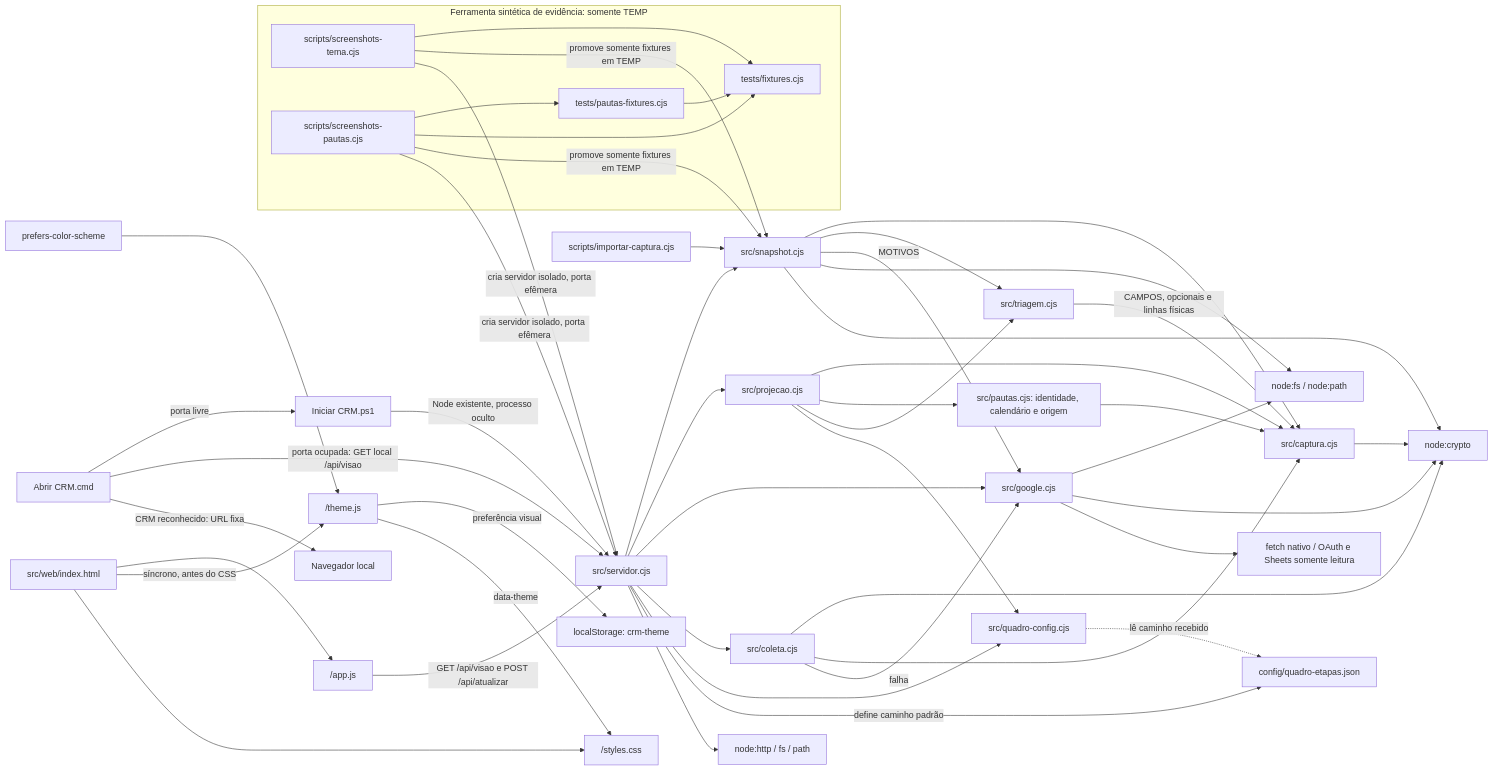
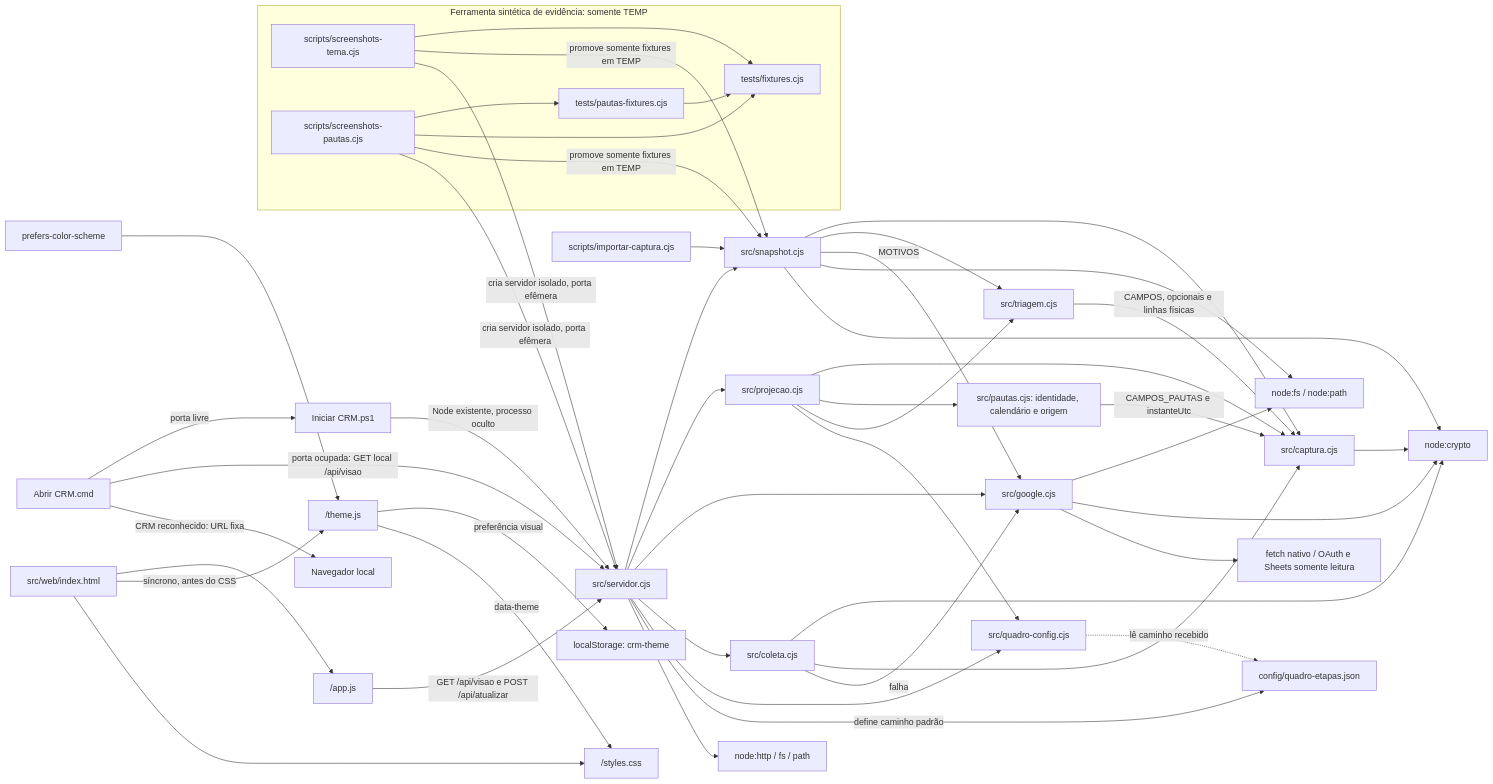
The first of 4 diagrams in docs/architecture.md (Browsher/crm-social), drawn with Mermaid before and after one commit. The commit also changed other lines of this file and 24 other files, not shown here.

````diff
--- a/docs/architecture.md
+++ b/docs/architecture.md
@@ -9,51 +9,51 @@
 ```mermaid
 flowchart LR
   Abrir["Abrir CRM.cmd"] -->|porta livre| Iniciador
   Abrir -->|porta ocupada: GET local /api/visao| Server
   Abrir -->|CRM reconhecido: URL fixa| Navegador[Navegador local]
   Iniciador["Iniciar CRM.ps1"] -->|Node existente, processo oculto| Server
   CLI["scripts/importar-captura.cjs"] --> Snapshot["src/snapshot.cjs"]
   subgraph Evidencia["Ferramenta sintética de evidência: somente TEMP"]
     Screenshots["scripts/screenshots-tema.cjs"] --> Fixtures["tests/fixtures.cjs"]
     ScreenshotsPautas["scripts/screenshots-pautas.cjs"] --> FixturesPautas["tests/pautas-fixtures.cjs"]
     ScreenshotsPautas --> Fixtures
     FixturesPautas --> Fixtures
   end
   Screenshots -->|promove somente fixtures em TEMP| Snapshot
   Screenshots -->|cria servidor isolado, porta efêmera| Server
   ScreenshotsPautas -->|promove somente fixtures em TEMP| Snapshot
   ScreenshotsPautas -->|cria servidor isolado, porta efêmera| Server
   Snapshot --> Captura["src/captura.cjs"]
   Snapshot --> Triagem["src/triagem.cjs"]
   Server["src/servidor.cjs"] --> Snapshot
   Server --> Projecao["src/projecao.cjs"]
   Server --> Google["src/google.cjs"]
   Server --> Coleta["src/coleta.cjs"]
   Snapshot -->|MOTIVOS| Google
   Coleta --> Crypto
   Coleta --> Captura
   Coleta -->|falha| Google
   Google --> FS
   Google --> Crypto
   Google --> Fetch["fetch nativo / OAuth e Sheets somente leitura"]
   Server --> Quadro["src/quadro-config.cjs"]
   Projecao --> Captura
   Projecao --> Pautas["src/pautas.cjs: identidade, calendário e origem"]
-  Pautas --> Captura
+  Pautas -->|CAMPOS_PAUTAS e instanteUtc| Captura
   Projecao --> Triagem
   Triagem -->|CAMPOS, opcionais e linhas físicas| Captura
   Projecao --> Quadro
   Server -->|define caminho padrão| Config["config/quadro-etapas.json"]
   Quadro -.->|lê caminho recebido| Config
   HTML["src/web/index.html"] --> JS["/app.js"]
   HTML -->|síncrono, antes do CSS| Theme["/theme.js"]
   Theme -->|preferência visual| Storage["localStorage: crm-theme"]
   System["prefers-color-scheme"] --> Theme
   Theme -->|data-theme| CSS
   HTML --> CSS["/styles.css"]
   JS -->|GET /api/visao e POST /api/atualizar| Server
   Snapshot --> FS["node:fs / node:path"]
   Captura --> Crypto["node:crypto"]
   Snapshot --> Crypto
   Server --> HTTP["node:http / fs / path"]
 ```
````
